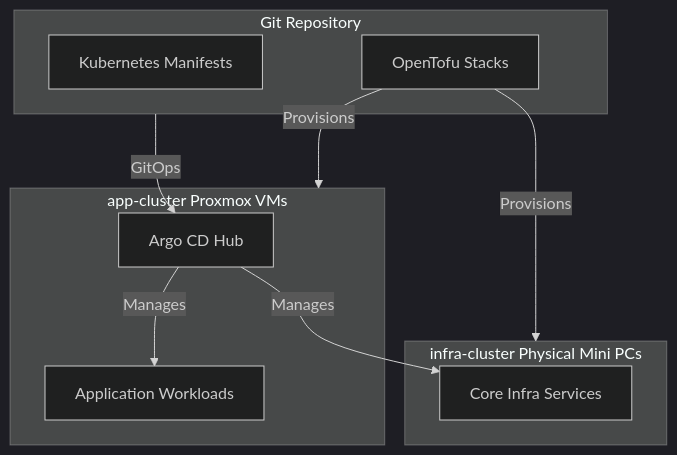
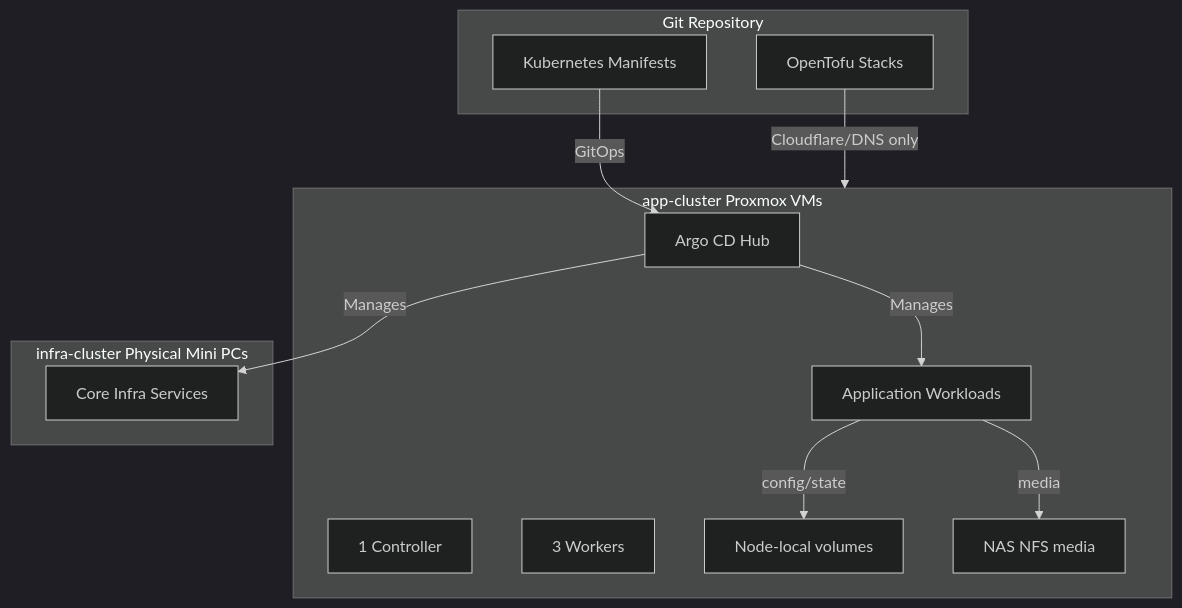
One commit to fabricesemti80/home-dc-kubernetes changed the diagram in docs/architecture/ARCHITECTURE_PLAN.md. Above: the diagram before and after it, drawn with Mermaid (dark theme). The commit also changed other lines of this file and 177 other files, not shown here.

````diff
--- a/docs/architecture/ARCHITECTURE_PLAN.md
+++ b/docs/architecture/ARCHITECTURE_PLAN.md
@@ -13,19 +13,24 @@
 ```mermaid
 flowchart TD
     subgraph Git["Git Repository"]
         Manifests[Kubernetes Manifests]
         TF[OpenTofu Stacks]
     end
     subgraph App["app-cluster Proxmox VMs"]
         ArgoCD[Argo CD Hub]
+        Ctrl[1 Controller]
+        Workers[3 Workers]
         Apps[Application Workloads]
+        LocalPath[Node-local volumes]
+        NFS[NAS NFS media]
+        ArgoCD -->|Manages| Apps
+        Apps -->|config/state| LocalPath
+        Apps -->|media| NFS
     end
     subgraph Infra["infra-cluster Physical Mini PCs"]
         Core[Core Infra Services]
     end
-    Git -->|GitOps| ArgoCD
-    ArgoCD -->|Manages| Apps
+    Manifests -->|GitOps| ArgoCD
     ArgoCD -->|Manages| Core
-    TF -->|Provisions| App
-    TF -->|Provisions| Infra
+    TF -->|Cloudflare/DNS only| App
 ```
````
